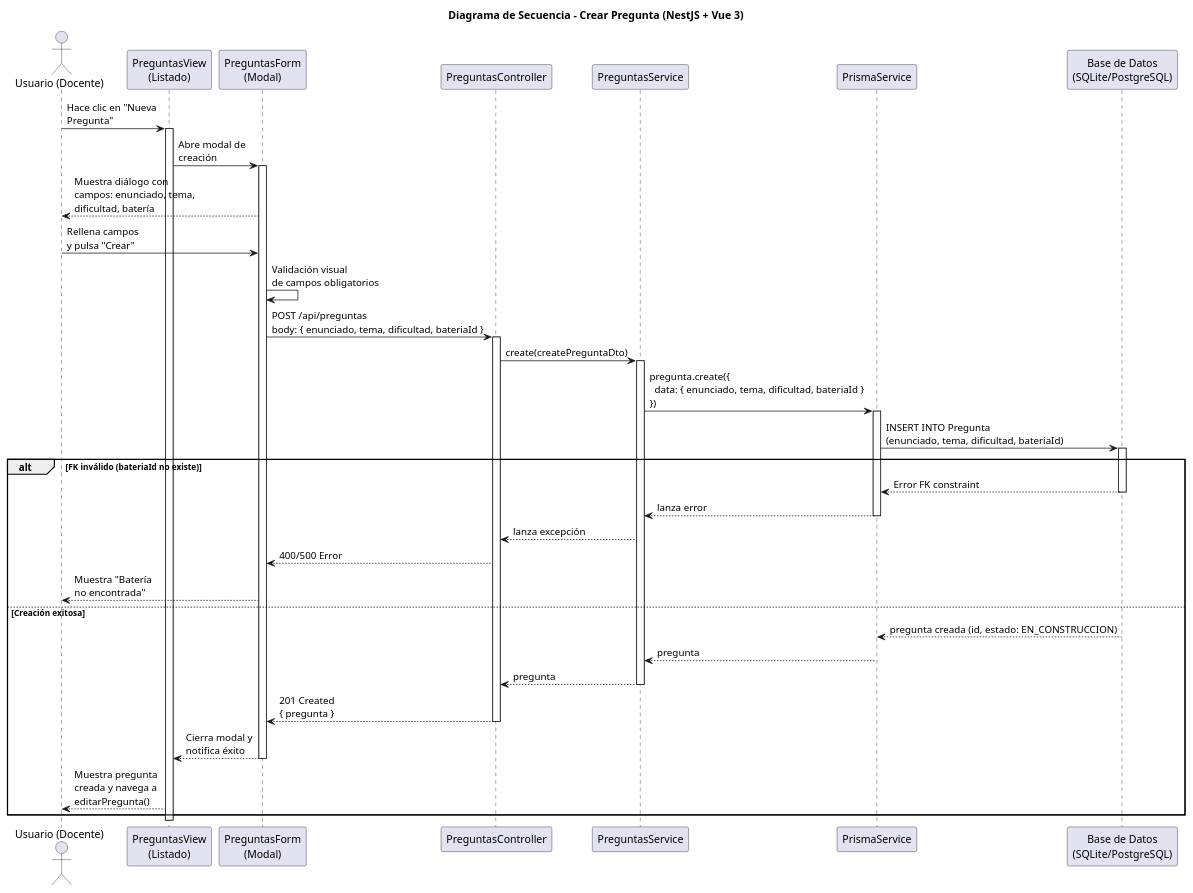
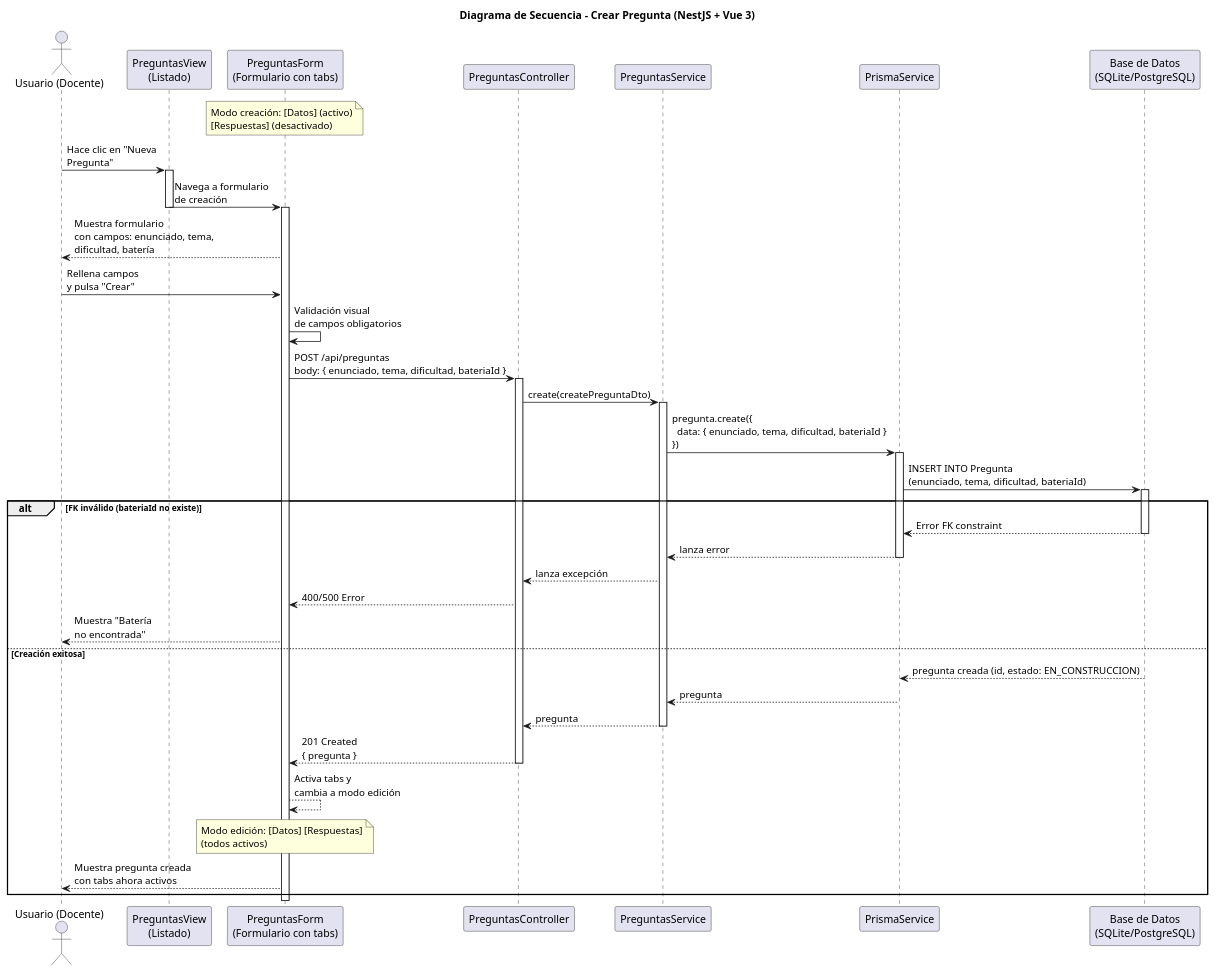
Before and after one commit to marcosgutierrez6/25-26-idsw2-sdVC: the diagram in documents/diseño/crearPregunta/README.md, drawn with PlantUML. The commit also changed other lines of this file and 14 other files, not shown here.

````diff
--- a/documents/diseño/crearPregunta/README.md
+++ b/documents/diseño/crearPregunta/README.md
@@ -30,61 +30,62 @@
 ```plantuml
 @startuml
 title Diagrama de Secuencia - Crear Pregunta (NestJS + Vue 3)
 
 actor "Usuario (Docente)" as User
 participant "PreguntasView\n(Listado)" as List
-participant "PreguntasForm\n(Modal)" as Form
+participant "PreguntasForm\n(Formulario con tabs)" as Form
 participant "PreguntasController" as Controller
 participant "PreguntasService" as Service
 participant "PrismaService" as Prisma
 participant "Base de Datos\n(SQLite/PostgreSQL)" as DB
 
+note over Form : Modo creación: [Datos] (activo)\n[Respuestas] (desactivado)
+
 User -> List: Hace clic en "Nueva\nPregunta"
 activate List
 
-List -> Form: Abre modal de\ncreación
+List -> Form: Navega a formulario\nde creación
+deactivate List
 activate Form
-Form --> User: Muestra diálogo con\ncampos: enunciado, tema,\ndificultad, batería
+Form --> User: Muestra formulario\ncon campos: enunciado, tema,\ndificultad, batería
 
 User -> Form: Rellena campos\ny pulsa "Crear"
 Form -> Form: Validación visual\nde campos obligatorios
 
 Form -> Controller: POST /api/preguntas\nbody: { enunciado, tema, dificultad, bateriaId }
 activate Controller
 
 Controller -> Service: create(createPreguntaDto)
 activate Service
 
 Service -> Prisma: pregunta.create({\n  data: { enunciado, tema, dificultad, bateriaId }\n})
 activate Prisma
 Prisma -> DB: INSERT INTO Pregunta\n(enunciado, tema, dificultad, bateriaId)
 activate DB
 
 alt FK inválido (bateriaId no existe)
   DB --> Prisma: Error FK constraint
   deactivate DB
   Prisma --> Service: lanza error
   deactivate Prisma
   Service --> Controller: lanza excepción
   Controller --> Form: 400/500 Error
   Form --> User: Muestra "Batería\nno encontrada"
 else Creación exitosa
   DB --> Prisma: pregunta creada (id, estado: EN_CONSTRUCCION)
   deactivate DB
   Prisma --> Service: pregunta
   deactivate Prisma
 
   Service --> Controller: pregunta
   deactivate Service
   Controller --> Form: 201 Created\n{ pregunta }
   deactivate Controller
 
-  Form --> List: Cierra modal y\nnotifica éxito
-  deactivate Form
-  List --> User: Muestra pregunta\ncreada y navega a\neditarPregunta()
+  Form --> Form: Activa tabs y\ncambia a modo edición
+  note over Form : Modo edición: [Datos] [Respuestas]\n(todos activos)
+  Form --> User: Muestra pregunta creada\ncon tabs ahora activos
 end
-
-deactivate List
 
 @enduml
 ```
````
